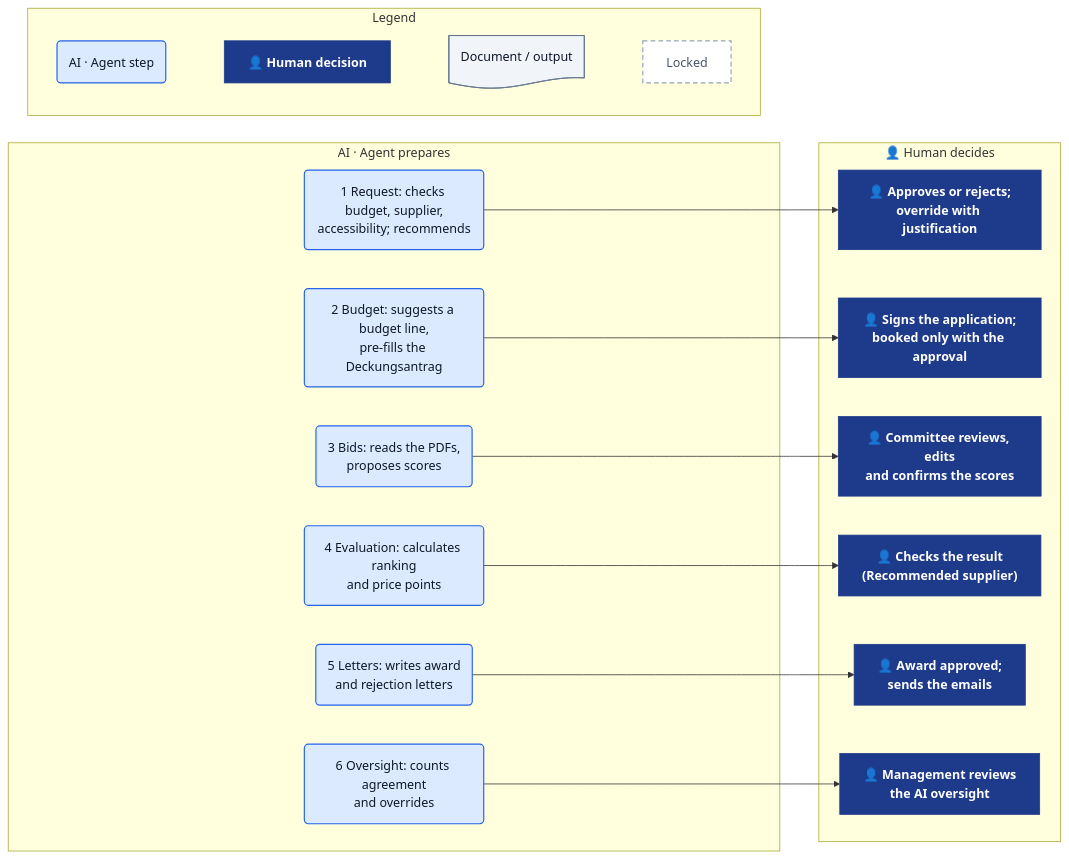
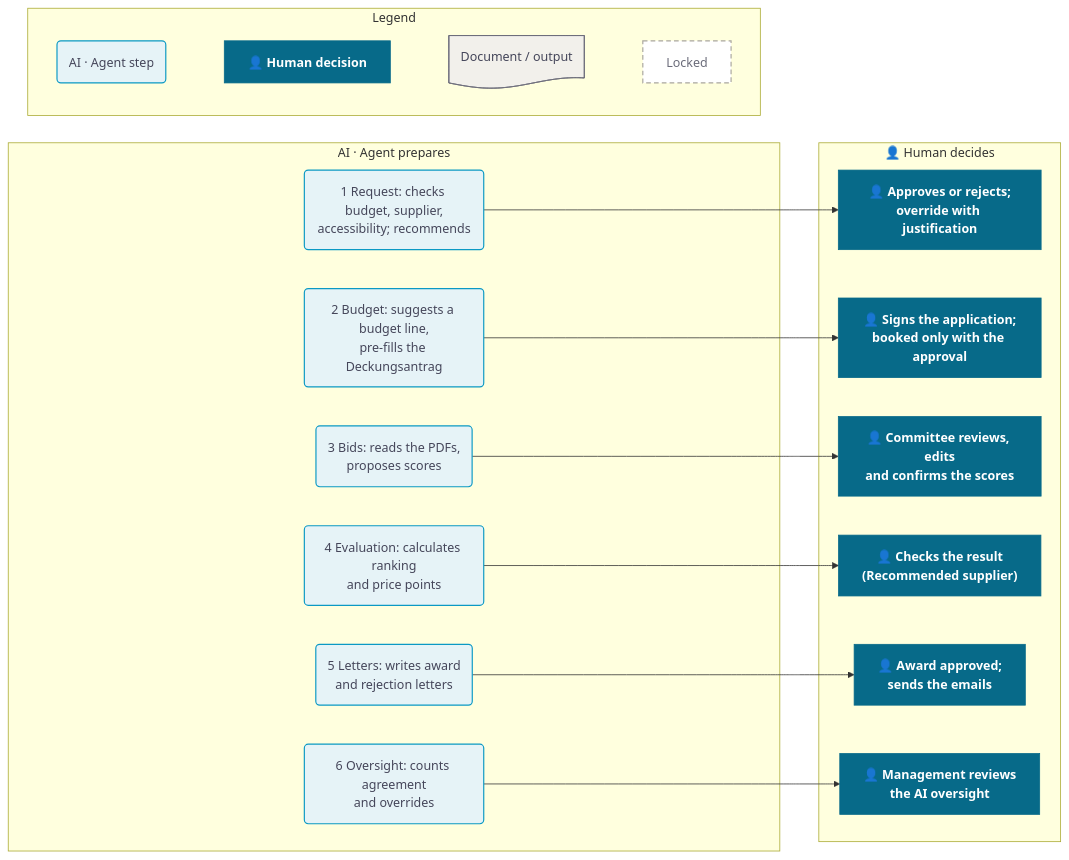
The diagram in docs/manual/diagrams/5_who_decides_en.mmd (Phyo1718/Hackathon), drawn with Mermaid before and after one commit. The commit also changed 72 other files, not shown here.

```diff
--- a/docs/manual/diagrams/5_who_decides_en.mmd
+++ b/docs/manual/diagrams/5_who_decides_en.mmd
@@ -1,36 +1,36 @@
 %% Who decides what: the agent prepares, the human decides
 flowchart LR
-  classDef agent fill:#DBEAFE,stroke:#2563EB,stroke-width:1.5px,color:#0F172A
-  classDef human fill:#1E3A8A,stroke:#1E3A8A,color:#FFFFFF,font-weight:bold
-  classDef doc fill:#F1F5F9,stroke:#64748B,color:#0F172A
-  classDef locked fill:#FFFFFF,stroke:#94A3B8,stroke-width:1.5px,stroke-dasharray:6 4,color:#475569
-  classDef step fill:#FFFFFF,stroke:#94A3B8,color:#0F172A
+  classDef agent fill:#E6F3F7,stroke:#0B99C4,stroke-width:1.5px,color:#45465A
+  classDef human fill:#076A89,stroke:#076A89,color:#FFFFFF,font-weight:bold
+  classDef doc fill:#F2F0EB,stroke:#6B6C7A,color:#45465A
+  classDef locked fill:#FFFFFF,stroke:#A9A69E,stroke-width:1.5px,stroke-dasharray:6 4,color:#6B6C7A
+  classDef step fill:#FFFFFF,stroke:#A9A69E,color:#45465A
 
   subgraph AG["AI · Agent prepares"]
     A1("1 Request: checks budget, supplier,<br/>accessibility; recommends"):::agent
     A2("2 Budget: suggests a budget line,<br/>pre-fills the Deckungsantrag"):::agent
     A3("3 Bids: reads the PDFs,<br/>proposes scores"):::agent
     A4("4 Evaluation: calculates ranking<br/>and price points"):::agent
     A5("5 Letters: writes award<br/>and rejection letters"):::agent
     A6("6 Oversight: counts agreement<br/>and overrides"):::agent
   end
   subgraph HU["👤 Human decides"]
     H1["👤 Approves or rejects;<br/>override with justification"]:::human
     H2["👤 Signs the application;<br/>booked only with the approval"]:::human
     H3["👤 Committee reviews, edits<br/>and confirms the scores"]:::human
     H4["👤 Checks the result<br/>(Recommended supplier)"]:::human
     H5["👤 Award approved;<br/>sends the emails"]:::human
     H6["👤 Management reviews<br/>the AI oversight"]:::human
   end
   A1 --> H1
   A2 --> H2
   A3 --> H3
   A4 --> H4
   A5 --> H5
   A6 --> H6
 
   subgraph LEG["Legend"]
     direction LR
     G1("AI · Agent step"):::agent ~~~ G2["👤 Human decision"]:::human ~~~ G3@{ shape: doc, label: "Document / output" } ~~~ G4["Locked"]:::locked
   end
   class G3 doc
```
